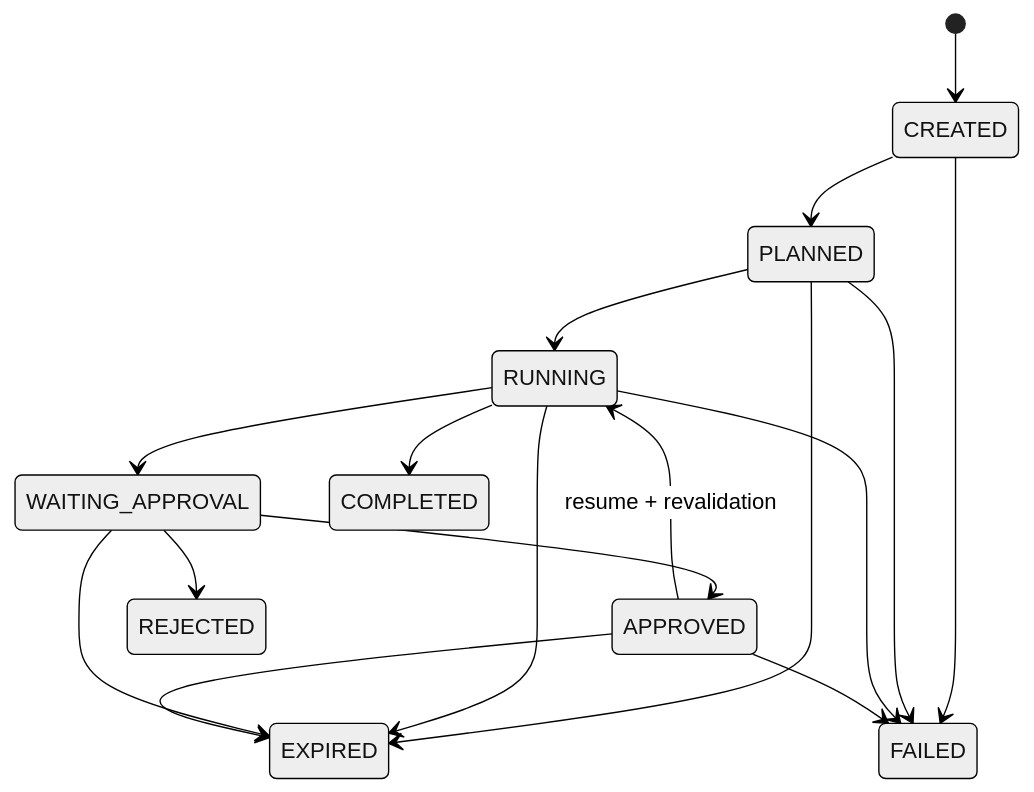
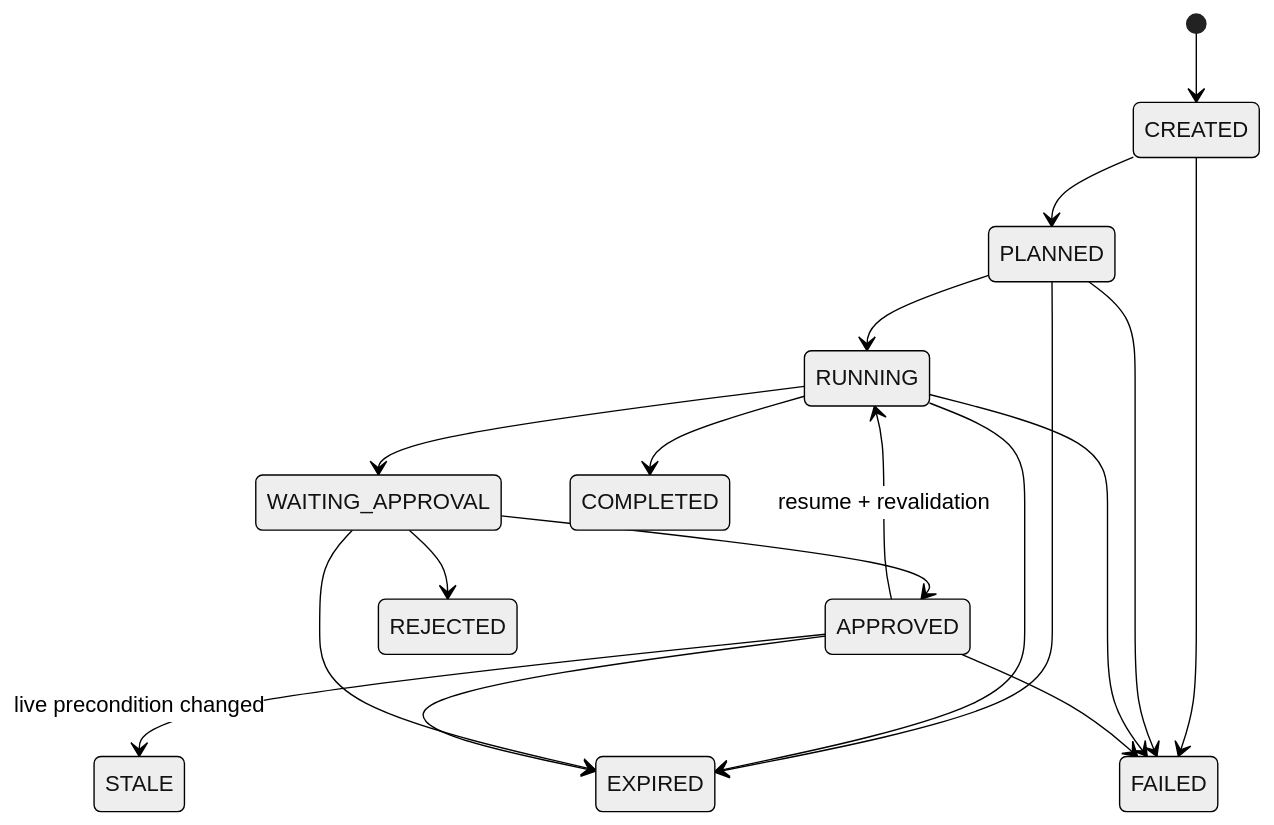
Before and after one commit to herefindalex/guarded-agent-runner: the third of 3 diagrams in ARCHITECTURE.md, drawn with Mermaid (neutral theme). The commit also changed other lines of this file and 8 other files, not shown here.

Commit message:
docs: document GAR architecture evidence and release gates

````diff
--- a/ARCHITECTURE.md
+++ b/ARCHITECTURE.md
@@ -203,19 +265,20 @@
 ```mermaid
 stateDiagram-v2
     [*] --> CREATED
     CREATED --> PLANNED
     PLANNED --> RUNNING
     RUNNING --> WAITING_APPROVAL
     WAITING_APPROVAL --> APPROVED
     APPROVED --> RUNNING: resume + revalidation
+    APPROVED --> STALE: live precondition changed
     RUNNING --> COMPLETED
     WAITING_APPROVAL --> REJECTED
     CREATED --> FAILED
     PLANNED --> FAILED
     RUNNING --> FAILED
     APPROVED --> FAILED
     PLANNED --> EXPIRED
     RUNNING --> EXPIRED
     WAITING_APPROVAL --> EXPIRED
     APPROVED --> EXPIRED
 ```
````
